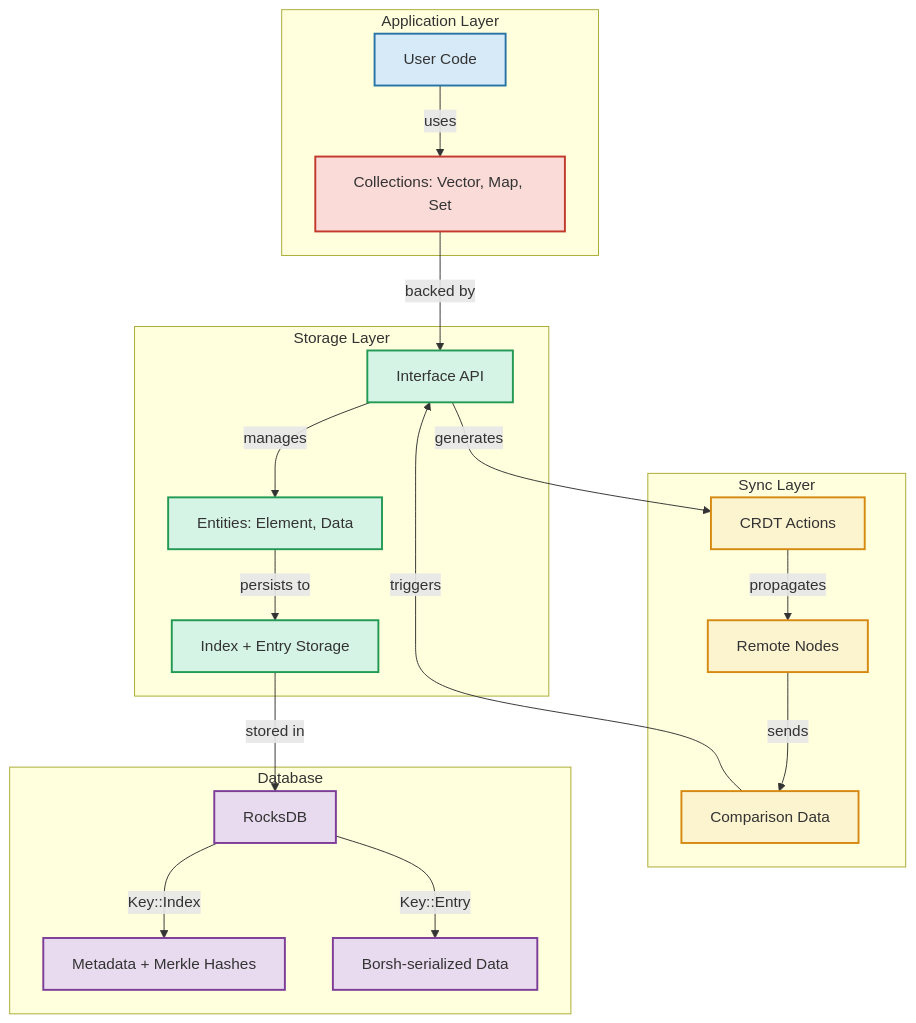
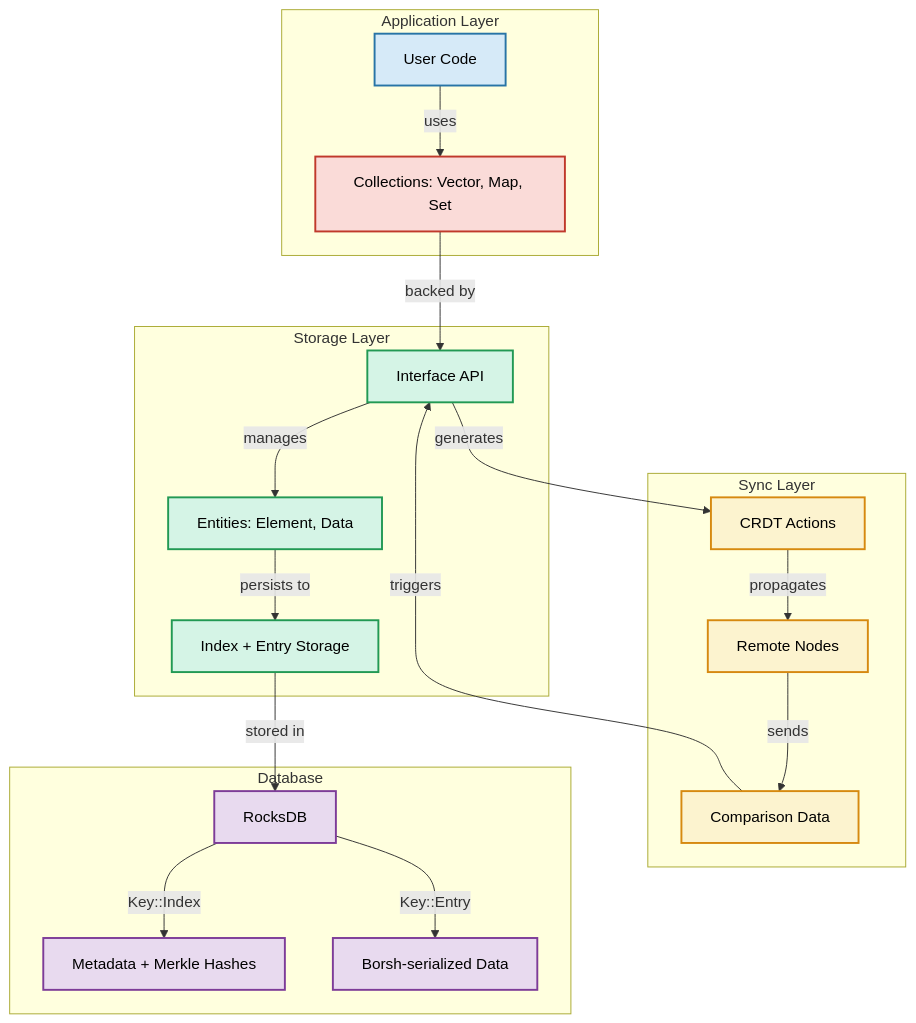
One commit to calimero-network/core changed the first of 9 diagrams in crates/storage/README.md. Above: the diagram before and after it, drawn with Mermaid. The commit also changed other lines of this file, not shown here.

First line of the commit message:
docs(storage): add black text color to all diagrams

````diff
--- a/crates/storage/README.md
+++ b/crates/storage/README.md
@@ -33,37 +33,37 @@
 ```mermaid
 graph TB
     subgraph "Application Layer"
         A[User Code] -->|uses| B[Collections: Vector, Map, Set]
     end
     
     subgraph "Storage Layer"
         B -->|backed by| C[Interface API]
         C -->|manages| D[Entities: Element, Data]
         D -->|persists to| E[Index + Entry Storage]
     end
     
     subgraph "Sync Layer"
         C -->|generates| F[CRDT Actions]
         F -->|propagates| G[Remote Nodes]
         G -->|sends| H[Comparison Data]
         H -->|triggers| C
     end
     
     subgraph "Database"
         E -->|stored in| I[RocksDB]
         I -->|Key::Index| J[Metadata + Merkle Hashes]
         I -->|Key::Entry| K[Borsh-serialized Data]
     end
     
-    style A fill:#D6EAF8,stroke:#2874A6,stroke-width:2px
-    style B fill:#FADBD8,stroke:#C0392B,stroke-width:2px
-    style C fill:#D5F4E6,stroke:#229954,stroke-width:2px
-    style D fill:#D5F4E6,stroke:#229954,stroke-width:2px
-    style E fill:#D5F4E6,stroke:#229954,stroke-width:2px
-    style F fill:#FCF3CF,stroke:#D68910,stroke-width:2px
-    style G fill:#FCF3CF,stroke:#D68910,stroke-width:2px
-    style H fill:#FCF3CF,stroke:#D68910,stroke-width:2px
-    style I fill:#E8DAEF,stroke:#7D3C98,stroke-width:2px
-    style J fill:#E8DAEF,stroke:#7D3C98,stroke-width:2px
-    style K fill:#E8DAEF,stroke:#7D3C98,stroke-width:2px
+    style A fill:#D6EAF8,stroke:#2874A6,stroke-width:2px,color:#000
+    style B fill:#FADBD8,stroke:#C0392B,stroke-width:2px,color:#000
+    style C fill:#D5F4E6,stroke:#229954,stroke-width:2px,color:#000
+    style D fill:#D5F4E6,stroke:#229954,stroke-width:2px,color:#000
+    style E fill:#D5F4E6,stroke:#229954,stroke-width:2px,color:#000
+    style F fill:#FCF3CF,stroke:#D68910,stroke-width:2px,color:#000
+    style G fill:#FCF3CF,stroke:#D68910,stroke-width:2px,color:#000
+    style H fill:#FCF3CF,stroke:#D68910,stroke-width:2px,color:#000
+    style I fill:#E8DAEF,stroke:#7D3C98,stroke-width:2px,color:#000
+    style J fill:#E8DAEF,stroke:#7D3C98,stroke-width:2px,color:#000
+    style K fill:#E8DAEF,stroke:#7D3C98,stroke-width:2px,color:#000
 ```
````
